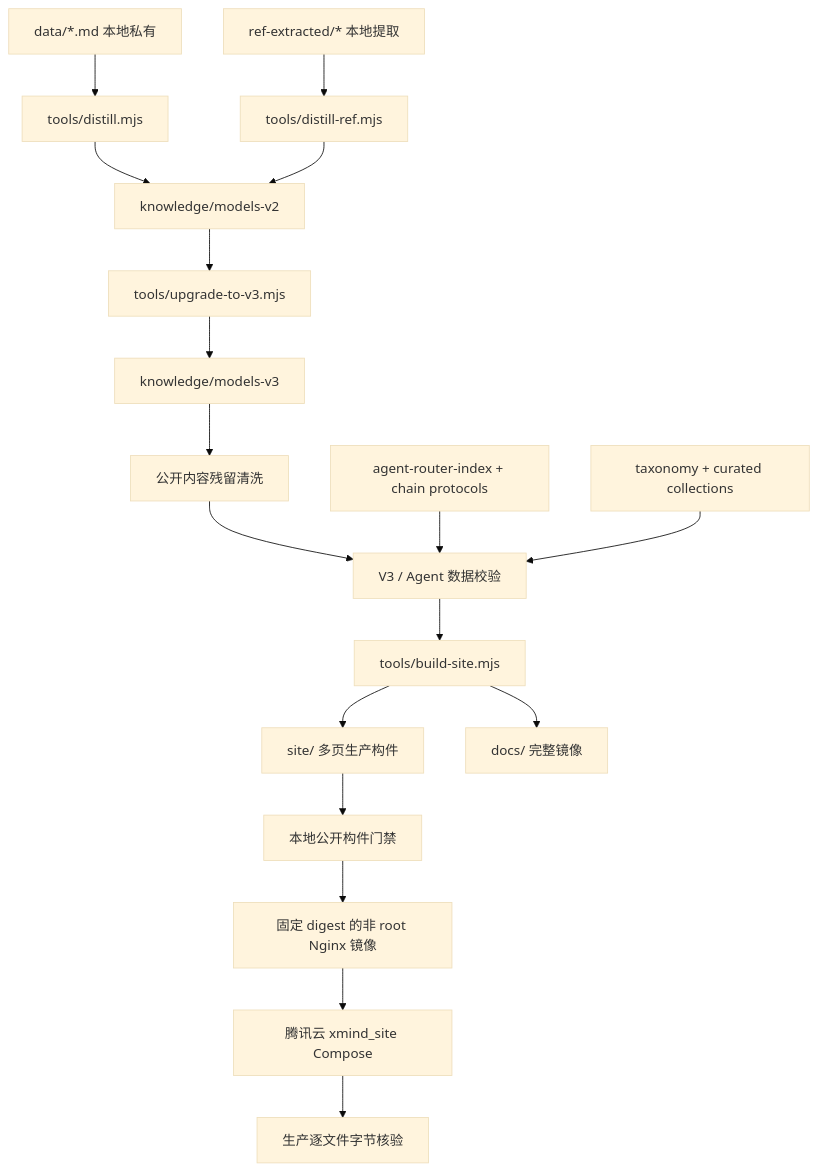
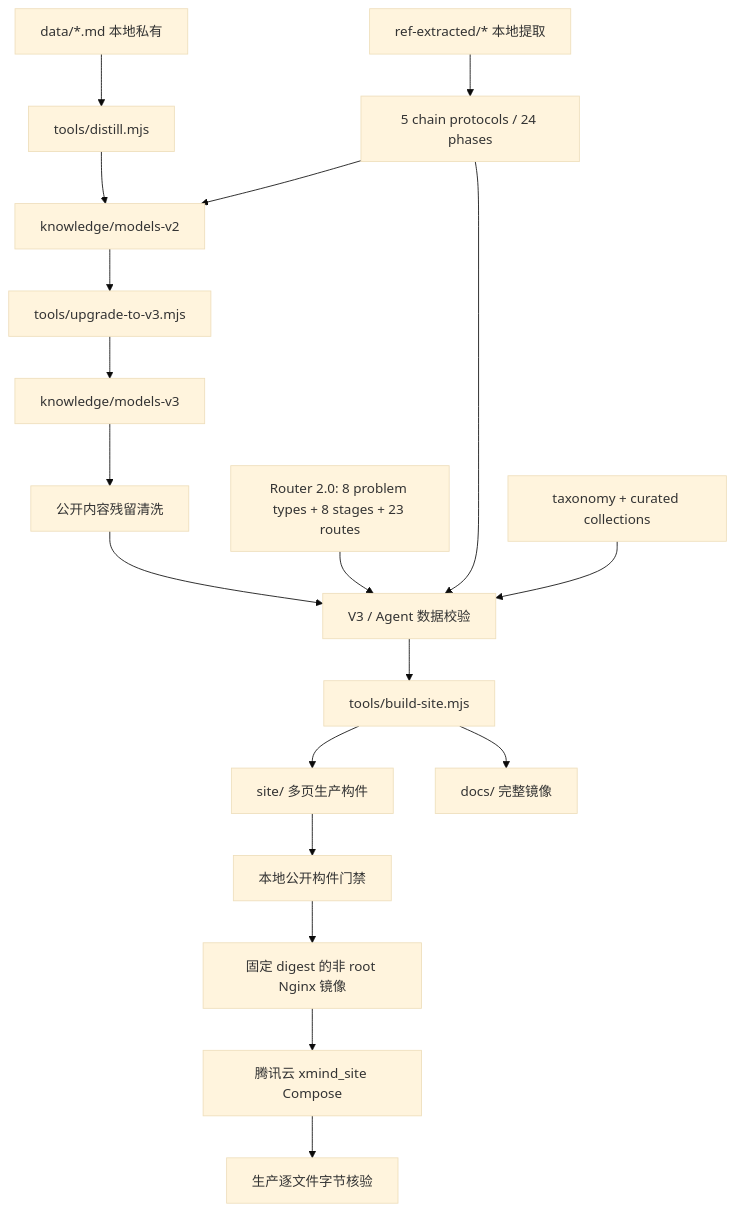
The diagram in manuals/CAPABILITY_MAP.md (zjgulai/deep-thinking-mode), drawn with Mermaid (base theme) before and after one commit. The commit also changed other lines of this file and 9 other files, not shown here.

````diff
--- a/manuals/CAPABILITY_MAP.md
+++ b/manuals/CAPABILITY_MAP.md
@@ -15,20 +15,21 @@
 ```mermaid
 flowchart TD
   A["data/*.md 本地私有"] --> B["tools/distill.mjs"]
   X["ref-extracted/* 本地提取"] --> C["tools/distill-ref.mjs"]
   B --> V2["knowledge/models-v2"]
   C --> V2
   V2 --> U["tools/upgrade-to-v3.mjs"]
   U --> V3["knowledge/models-v3"]
   V3 --> S["公开内容残留清洗"]
   S --> G["V3 / Agent 数据校验"]
-  R["agent-router-index + chain protocols"] --> G
+  R["Router 2.0: 8 problem types + 8 stages + 23 routes"] --> G
+  C["5 chain protocols / 24 phases"] --> G
   T["taxonomy + curated collections"] --> G
   G --> W["tools/build-site.mjs"]
   W --> SITE["site/ 多页生产构件"]
   W --> DOCS["docs/ 完整镜像"]
   SITE --> A1["本地公开构件门禁"]
   A1 --> IMG["固定 digest 的非 root Nginx 镜像"]
   IMG --> PROD["腾讯云 xmind_site Compose"]
   PROD --> A2["生产逐文件字节核验"]
 ```
````
